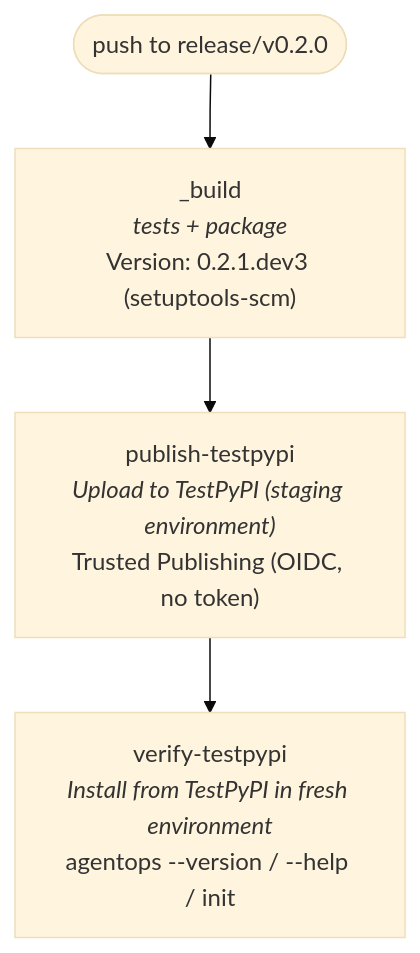
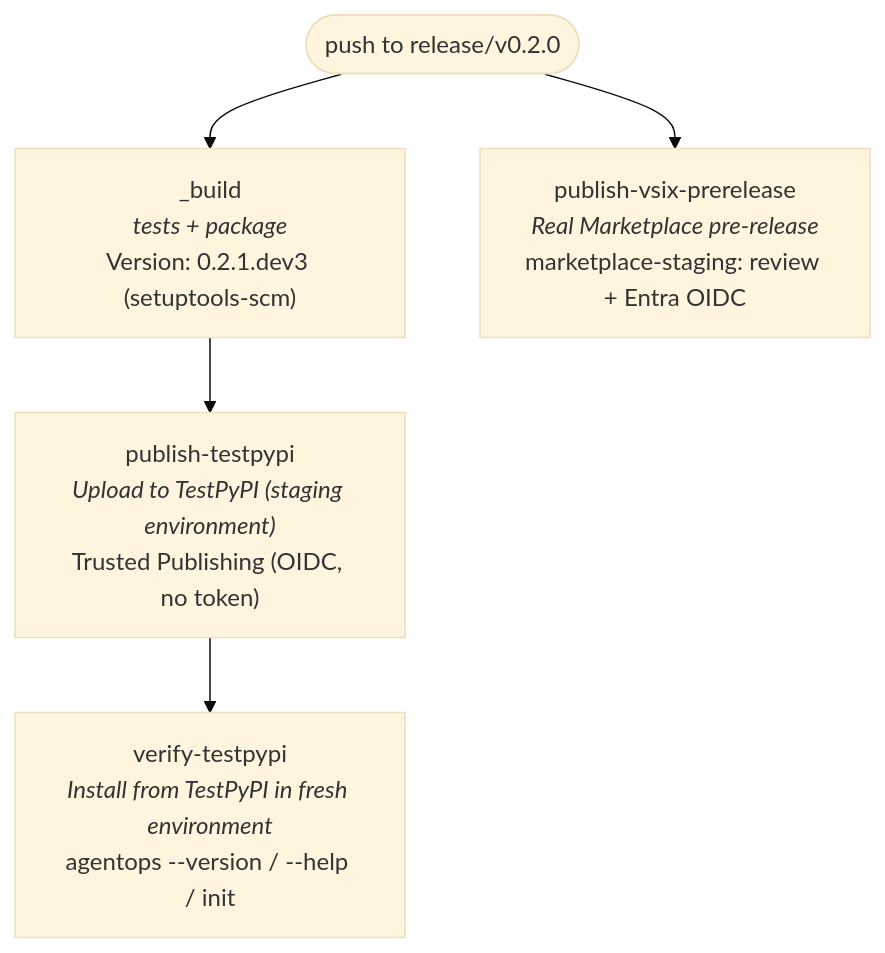
The first of 3 diagrams in docs/release-process.md (Azure/agentops), drawn with Mermaid (base theme) before and after one commit. The commit also changed other lines of this file and 12 other files, not shown here.

First line of the commit message:
ci: replace Marketplace PAT with Entra OIDC publishing

````diff
--- a/docs/release-process.md
+++ b/docs/release-process.md
@@ -326,9 +329,11 @@
 ```mermaid
 flowchart TD
     push(["push to release/v0.2.0"])
     build["_build<br/><i>tests + package</i><br/>Version: 0.2.1.dev3 (setuptools-scm)"]
     publish["publish-testpypi<br/><i>Upload to TestPyPI (staging environment)</i><br/>Trusted Publishing (OIDC, no token)"]
     verify["verify-testpypi<br/><i>Install from TestPyPI in fresh environment</i><br/>agentops --version / --help / init"]
+    vsix["publish-vsix-prerelease<br/><i>Real Marketplace pre-release</i><br/>marketplace-staging: review + Entra OIDC"]
 
     push --> build --> publish --> verify
+    push --> vsix
 ```
````
